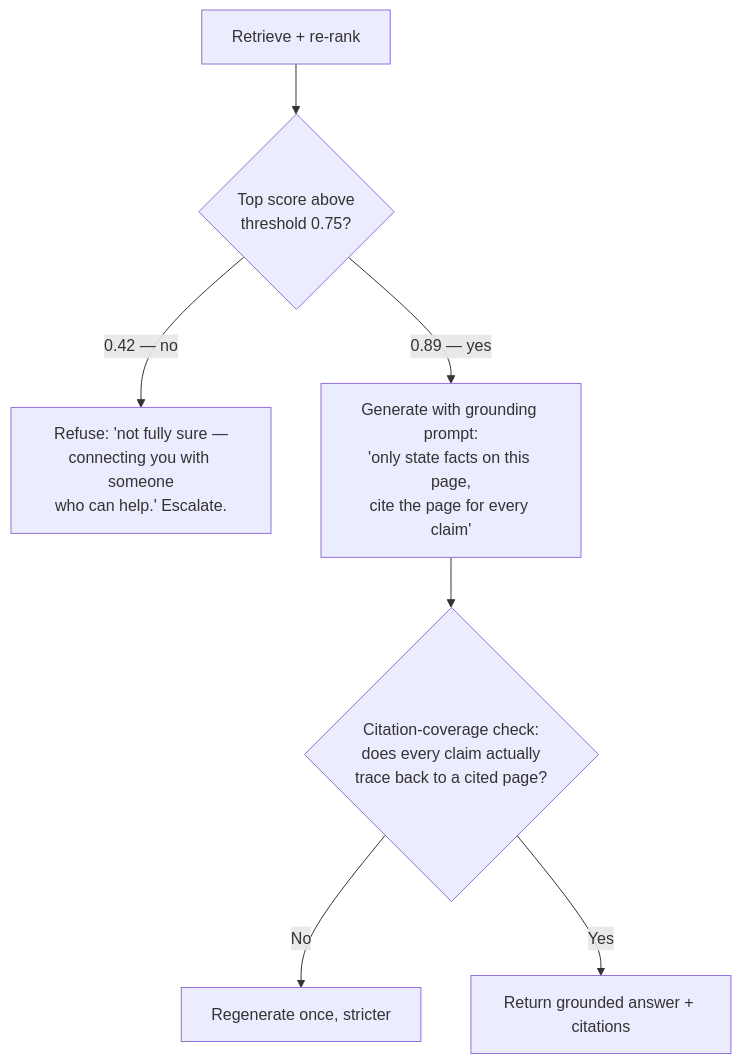
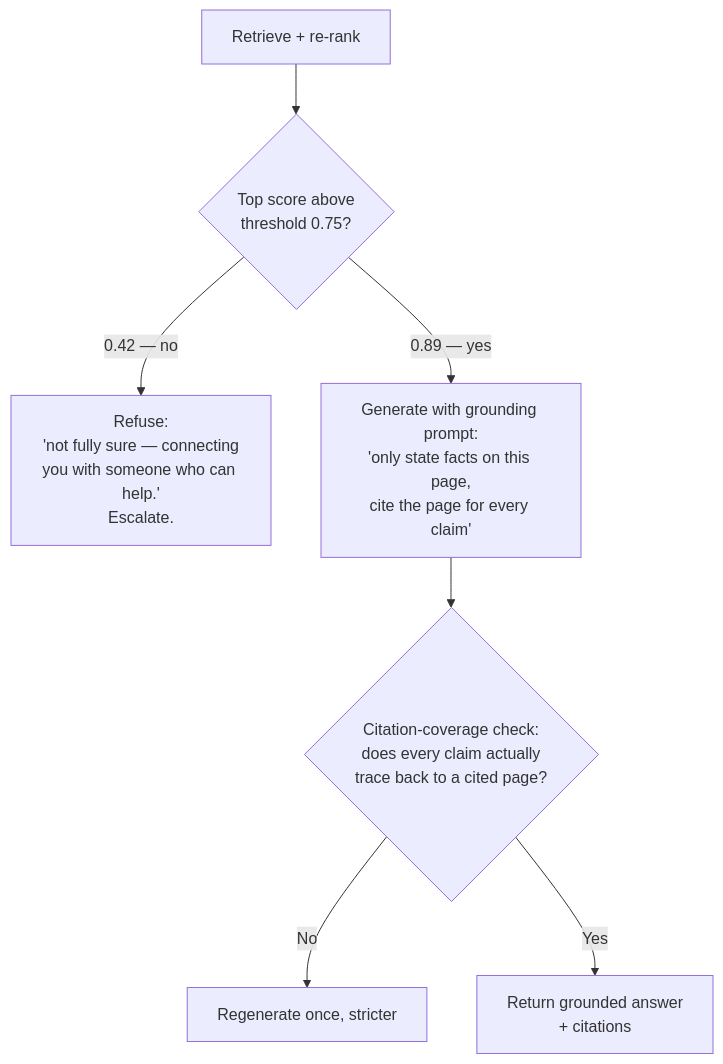
One commit to riyaz-pasha/Learnings changed the fifth of 13 diagrams in system-design/HLD/0-course/44-Design-a-LLM-Customer-Support-Bot-FAANG-Guide-story.md. Above: the diagram before and after it, drawn with Mermaid. The commit also changed other lines of this file and 1 other file, not shown here.

Commit message:
[REWRITE] LLM Customer Support Bot story guide: simplify prose, add structure, fix diagrams

````diff
--- a/system-design/HLD/0-course/44-Design-a-LLM-Customer-Support-Bot-FAANG-Guide-story.md
+++ b/system-design/HLD/0-course/44-Design-a-LLM-Customer-Support-Bot-FAANG-Guide-story.md
@@ -115,9 +282,17 @@
 ```mermaid
 flowchart TD
-    A["Retrieve + re-rank"] --> B{"Top score above\nthreshold 0.75?"}
-    B -->|"0.42 — no"| FALLBACK["Refuse: 'not fully sure —\nconnecting you with someone\nwho can help.' Escalate."]
-    B -->|"0.89 — yes"| C["Generate with grounding prompt:\n'only state facts on this page,\ncite the page for every claim'"]
-    C --> D{"Citation-coverage check:\ndoes every claim actually\ntrace back to a cited page?"}
-    D -->|No| RETRY["Regenerate once, stricter"]
-    D -->|Yes| SHOW["Return grounded answer + citations"]
+    A["Retrieve + re-rank"]
+    B{"Top score above<br/>threshold 0.75?"}
+    FALLBACK["Refuse:<br/>'not fully sure — connecting<br/>you with someone who can help.'<br/>Escalate."]
+    C["Generate with grounding prompt:<br/>'only state facts on this page,<br/>cite the page for every claim'"]
+    D{"Citation-coverage check:<br/>does every claim actually<br/>trace back to a cited page?"}
+    RETRY["Regenerate once, stricter"]
+    SHOW["Return grounded answer<br/>+ citations"]
+
+    A --> B
+    B -- "0.42 — no" --> FALLBACK
+    B -- "0.89 — yes" --> C
+    C --> D
+    D -- "No" --> RETRY
+    D -- "Yes" --> SHOW
 ```
````
